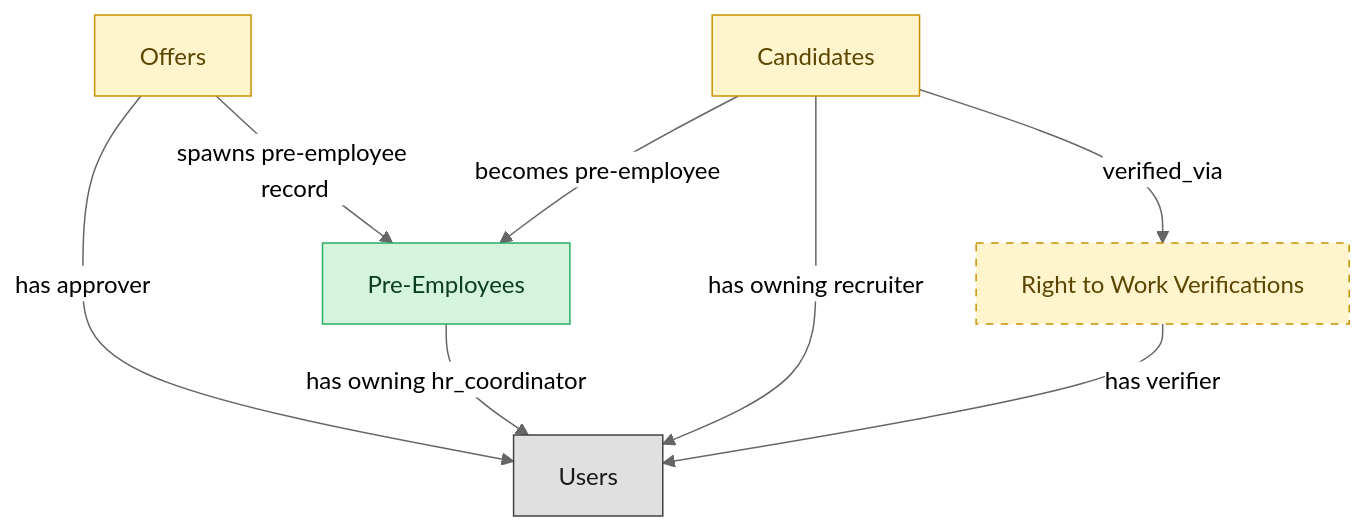
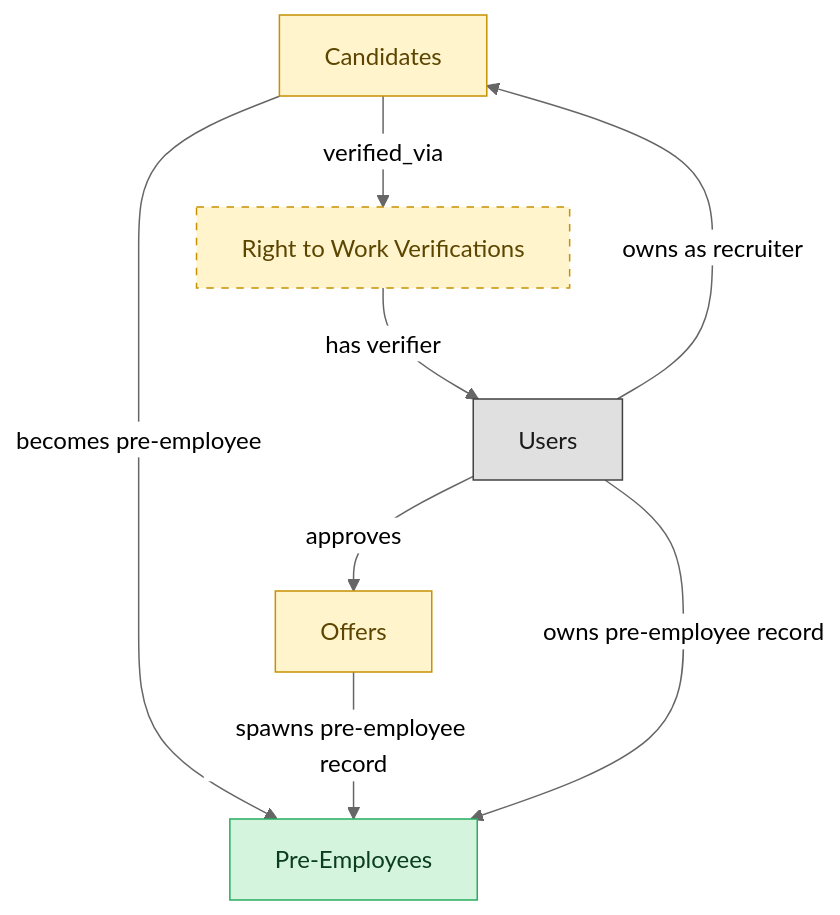
One commit to IntranetFactory/domain-map changed the diagram in catalog/blueprints/ats-pre-employee-record-semantic-blueprint.md. Above: the diagram before and after it, drawn with Mermaid (neutral theme). The commit also changed other lines of this file and 51 other files, not shown here.

````diff
--- a/catalog/blueprints/ats-pre-employee-record-semantic-blueprint.md
+++ b/catalog/blueprints/ats-pre-employee-record-semantic-blueprint.md
@@ -33,24 +33,24 @@
 ```mermaid
 flowchart TD
   classDef master fill:#d4f4dd,stroke:#27ae60,color:#0b3d20;
   classDef embedded_master fill:#fff4cc,stroke:#c79100,color:#5b4500;
   classDef platform_builtin fill:#e0e0e0,stroke:#424242,color:#1a1a1a;
   candidates["Candidates"]
   job_offers["Offers"]
   pre_employees["Pre-Employees"]
   right_to_work_verifications["Right to Work Verifications"]
   users["Users"]
   job_offers -->|"spawns pre-employee record"| pre_employees
   candidates -->|"becomes pre-employee"| pre_employees
   candidates -->|"verified_via"| right_to_work_verifications
-  job_offers -->|"has approver"| users
-  pre_employees -->|"has owning hr_coordinator"| users
-  candidates -->|"has owning recruiter"| users
+  users -->|"approves"| job_offers
+  users -->|"owns pre-employee record"| pre_employees
+  users -->|"owns as recruiter"| candidates
   right_to_work_verifications -->|"has verifier"| users
   class candidates embedded_master;
   class job_offers embedded_master;
   class pre_employees master;
   class right_to_work_verifications embedded_master;
   class users platform_builtin;
   style right_to_work_verifications stroke-dasharray:5 5;
 ```
````
